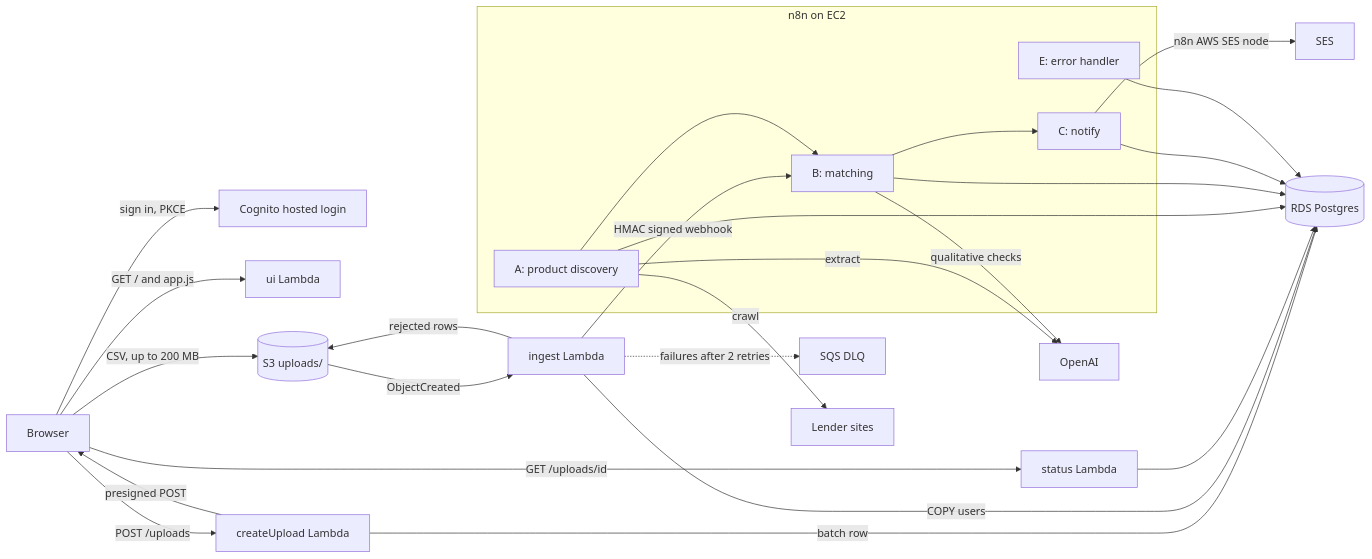
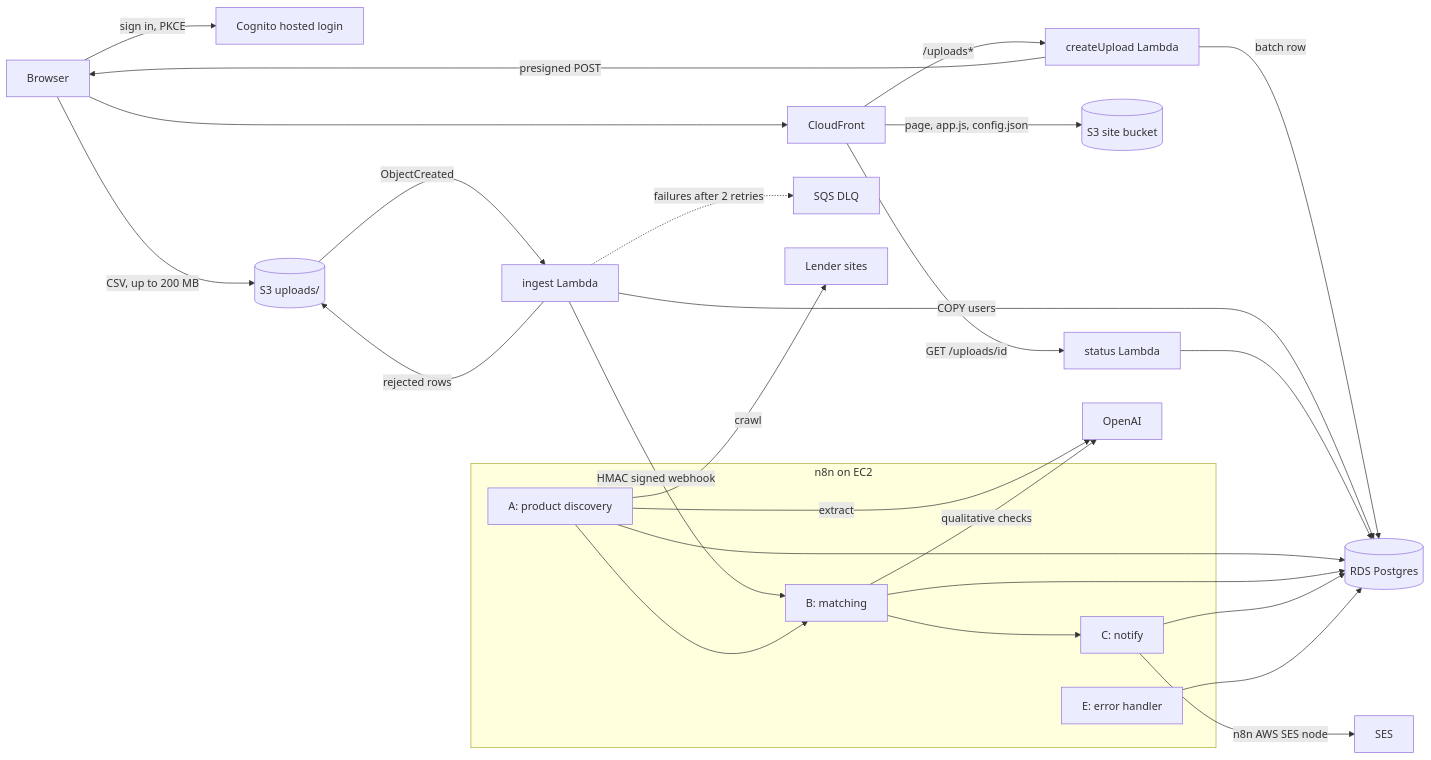
One commit to Arshdeep54/sieve changed the diagram in README.md. Above: the diagram before and after it, drawn with Mermaid. The commit also changed other lines of this file and 3 other files, not shown here.

````diff
--- a/README.md
+++ b/README.md
@@ -14,28 +14,29 @@
 ```mermaid
 flowchart LR
     Browser -->|sign in, PKCE| Cognito[Cognito hosted login]
-    Browser -->|GET / and app.js| UI[ui Lambda]
-    Browser -->|POST /uploads| Create[createUpload Lambda]
+    Browser --> CDN[CloudFront]
+    CDN -->|page, app.js, config.json| Site[(S3 site bucket)]
+    CDN -->|/uploads*| Create[createUpload Lambda]
     Create -->|batch row| RDS[(RDS Postgres)]
     Create -->|presigned POST| Browser
     Browser -->|CSV, up to 200 MB| S3[(S3 uploads/)]
     S3 -->|ObjectCreated| Ingest[ingest Lambda]
     Ingest -->|COPY users| RDS
     Ingest -->|rejected rows| S3
     Ingest -.->|failures after 2 retries| DLQ[SQS DLQ]
     Ingest -->|HMAC signed webhook| B
-    Browser -->|GET /uploads/id| Status[status Lambda]
+    CDN -->|GET /uploads/id| Status[status Lambda]
     Status --> RDS
 
     subgraph EC2 [n8n on EC2]
         A[A: product discovery] --> B[B: matching]
         B --> C[C: notify]
         E[E: error handler]
     end
 
     A -->|crawl| Lenders[Lender sites]
     A -->|extract| OpenAI
     B -->|qualitative checks| OpenAI
     A & B & C & E --> RDS
     C -->|n8n AWS SES node| SES
 ```
````
